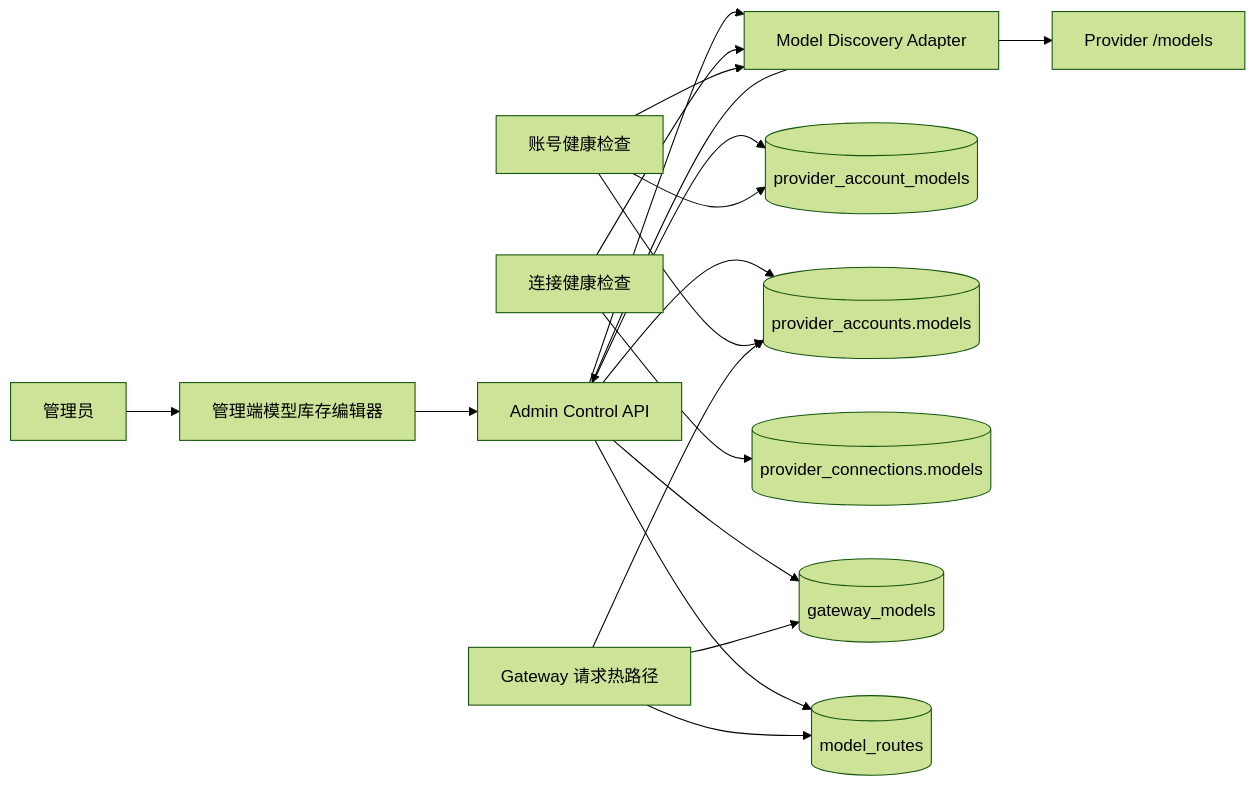
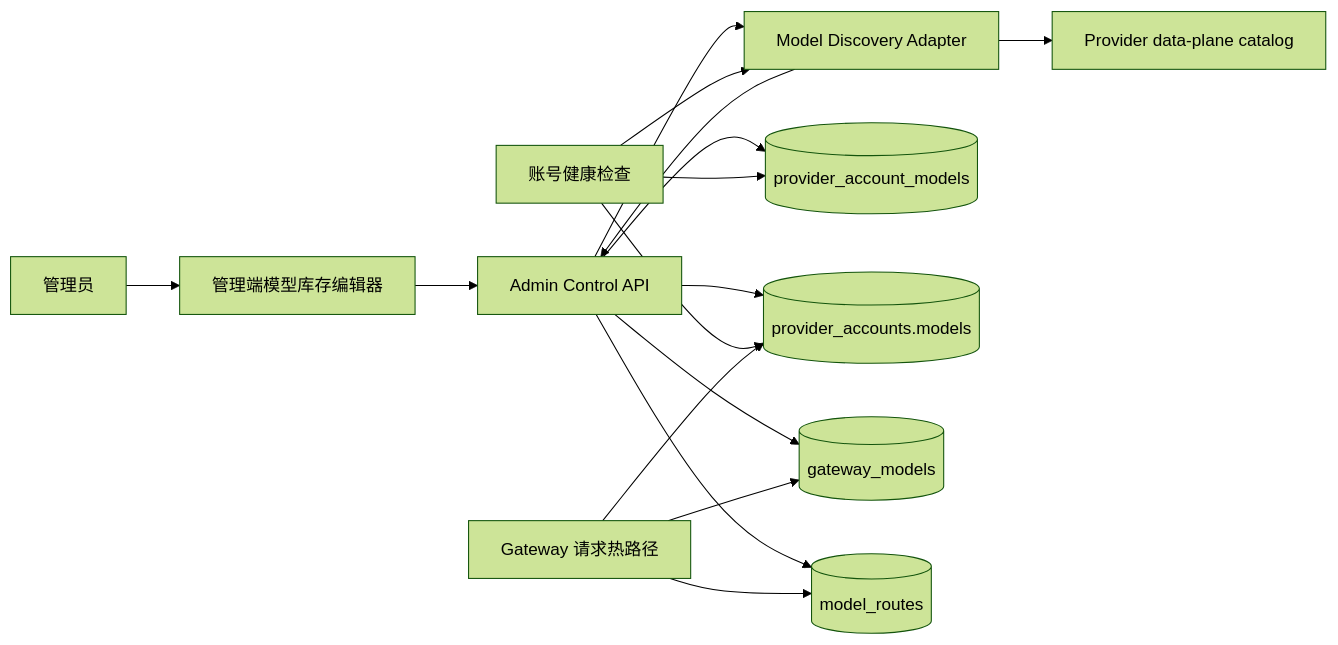
One commit to astercloud/asterrouter changed the first of 9 diagrams in docs/roadmap/models/README.md. Above: the diagram before and after it, drawn with Mermaid (forest theme). The commit also changed other lines of this file and 79 other files, not shown here.

````diff
--- a/docs/roadmap/models/README.md
+++ b/docs/roadmap/models/README.md
@@ -71,32 +71,28 @@
 ```mermaid
 flowchart LR
     Admin[管理员]
     UI[管理端模型库存编辑器]
     API[Admin Control API]
     Discovery[Model Discovery Adapter]
-    Upstream[Provider /models]
+    Upstream[Provider data-plane catalog]
     Inventory[(provider_account_models)]
     Account[(provider_accounts.models)]
-    ConnectionSnapshot[(provider_connections.models)]
     Public[(gateway_models)]
     Routes[(model_routes)]
-    ProviderHealth[连接健康检查]
     AccountHealth[账号健康检查]
     Gateway[Gateway 请求热路径]
 
     Admin --> UI --> API
     API --> Discovery --> Upstream
     Discovery --> API
     API --> Inventory
     API --> Account
-    ProviderHealth --> Discovery
-    ProviderHealth --> ConnectionSnapshot
     AccountHealth --> Discovery
     AccountHealth --> Inventory
     AccountHealth --> Account
     API --> Public
     API --> Routes
     Gateway --> Public
     Gateway --> Routes
     Gateway --> Account
 ```
````
